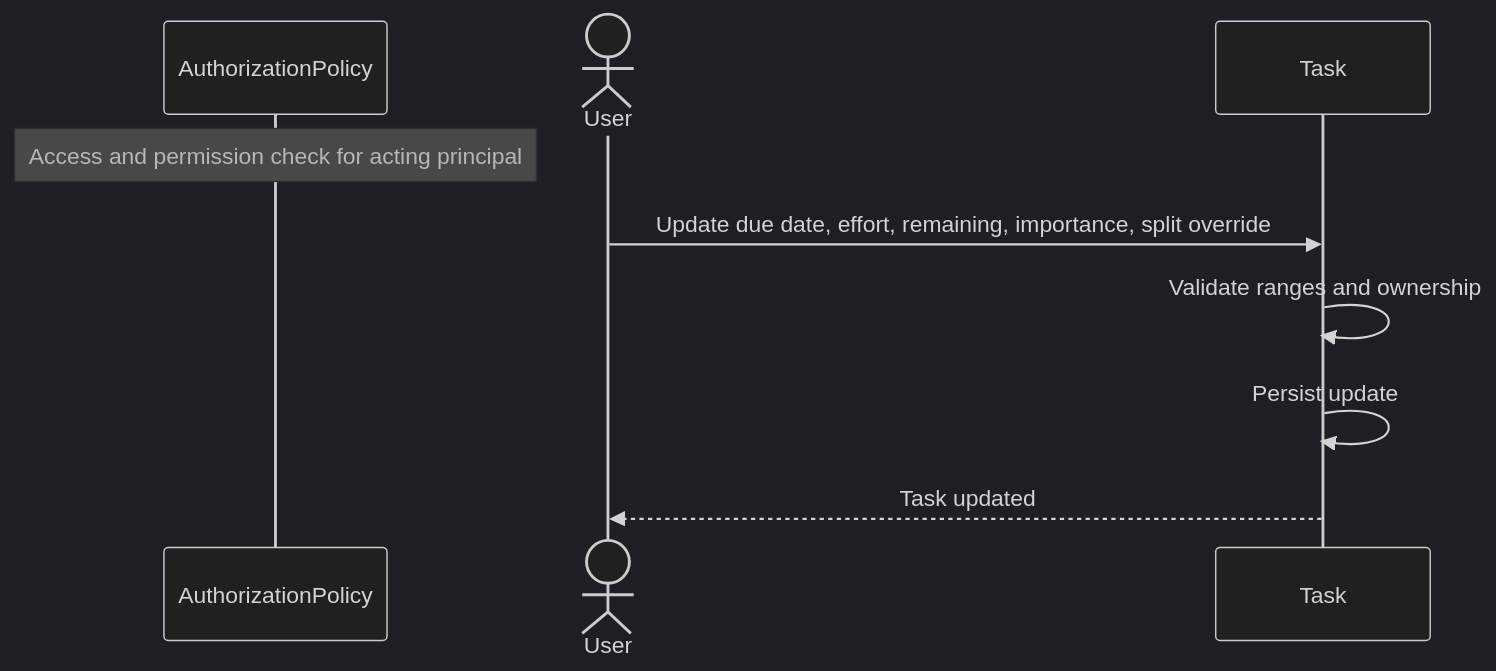
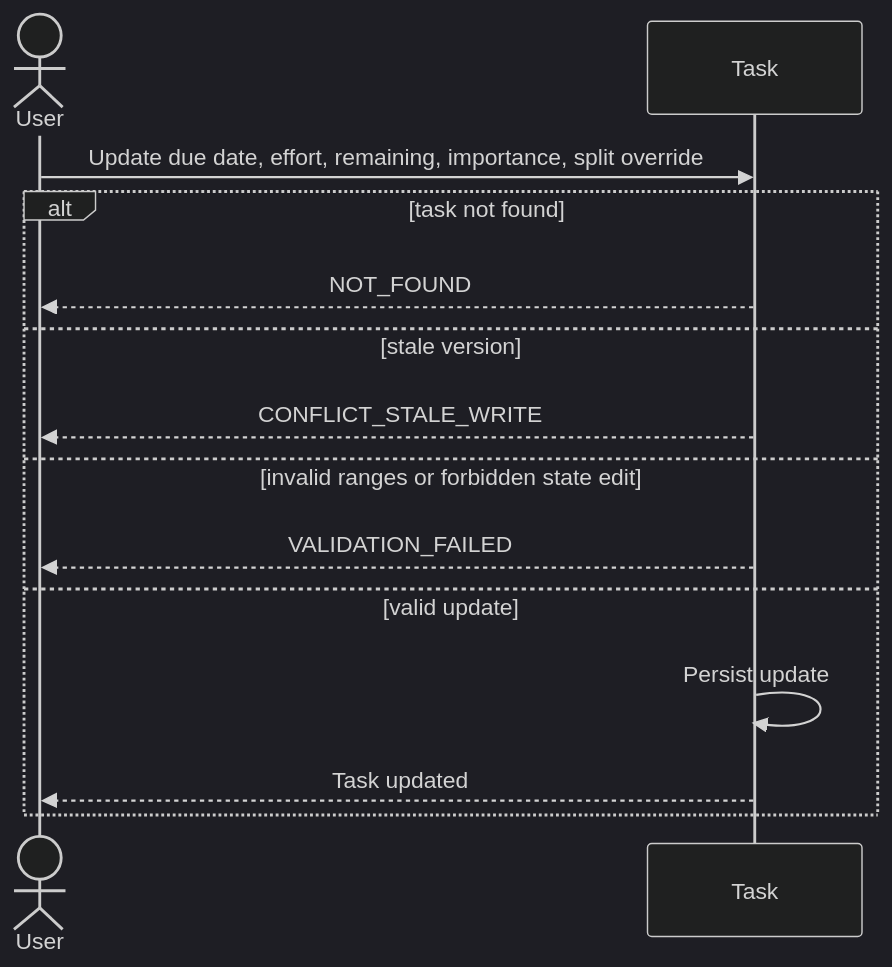
One commit to ChidiRnweke/margin changed the second of 15 diagrams in architecture/sequence-diagrams/03-tasks-recurrence.md. Above: the diagram before and after it, drawn with Mermaid (dark theme). The commit also changed other lines of this file and 12 other files, not shown here.

Commit message:
Enhance sequence diagrams and introduce traceability matrix

````diff
--- a/architecture/sequence-diagrams/03-tasks-recurrence.md
+++ b/architecture/sequence-diagrams/03-tasks-recurrence.md
@@ -26,11 +41,16 @@
 ```mermaid
 sequenceDiagram
-    participant G as AuthorizationPolicy
-    Note over G: Access and permission check for acting principal
     actor U as User
     participant T as Task
     U->>T: Update due date, effort, remaining, importance, split override
-    T->>T: Validate ranges and ownership
-    T->>T: Persist update
-    T-->>U: Task updated
+    alt task not found
+        T-->>U: NOT_FOUND
+    else stale version
+        T-->>U: CONFLICT_STALE_WRITE
+    else invalid ranges or forbidden state edit
+        T-->>U: VALIDATION_FAILED
+    else valid update
+        T->>T: Persist update
+        T-->>U: Task updated
+    end
 ```
````
